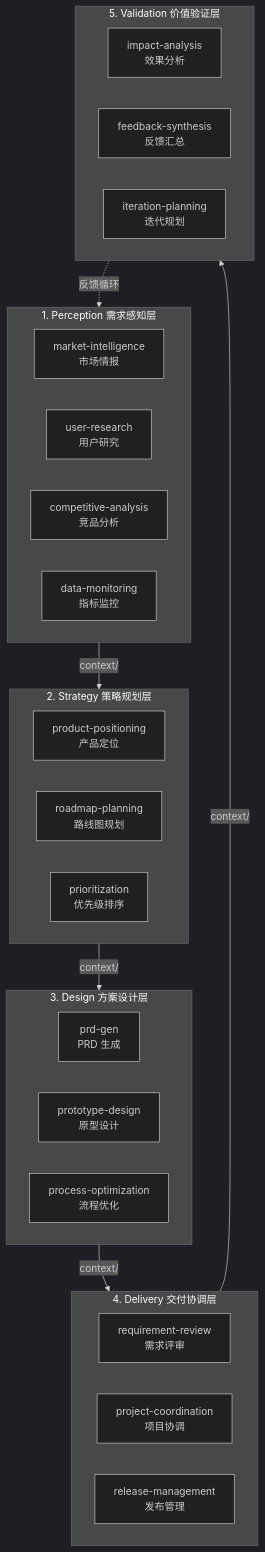
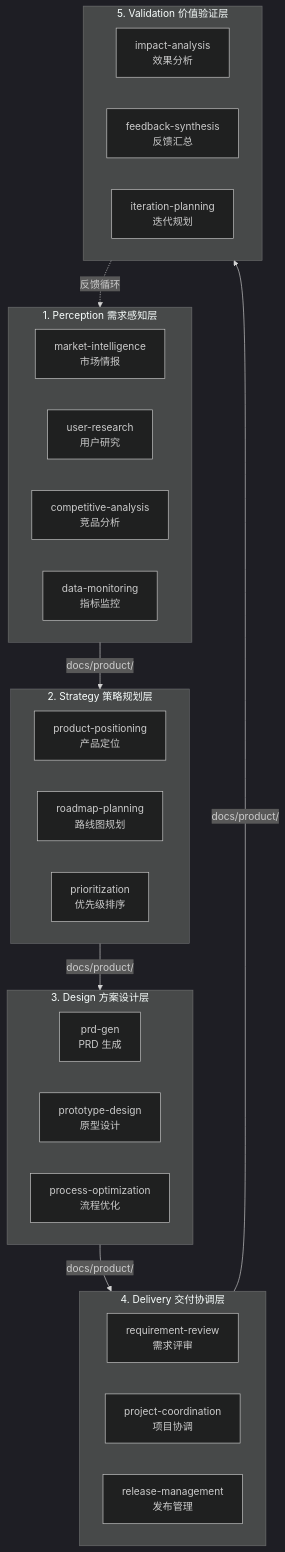
The first of 9 diagrams in docs/architecture/workflow-architecture.md (kelegele/oh-my-pm), drawn with Mermaid (dark theme) before and after one commit. The commit also changed other lines of this file and 50 other files, not shown here.

First line of the commit message:
refactor: move context/ to docs/product/ with .ompm/ for intermediate state

````diff
--- a/docs/architecture/workflow-architecture.md
+++ b/docs/architecture/workflow-architecture.md
@@ -7,39 +7,39 @@
 ```mermaid
 graph TB
     subgraph L1["1. Perception 需求感知层"]
         A1["market-intelligence\n市场情报"]
         A2["user-research\n用户研究"]
         A3["competitive-analysis\n竞品分析"]
         A4["data-monitoring\n指标监控"]
     end
 
     subgraph L2["2. Strategy 策略规划层"]
         B1["product-positioning\n产品定位"]
         B2["roadmap-planning\n路线图规划"]
         B3["prioritization\n优先级排序"]
     end
 
     subgraph L3["3. Design 方案设计层"]
         C1["prd-gen\nPRD 生成"]
         C2["prototype-design\n原型设计"]
         C3["process-optimization\n流程优化"]
     end
 
     subgraph L4["4. Delivery 交付协调层"]
         D1["requirement-review\n需求评审"]
         D2["project-coordination\n项目协调"]
         D3["release-management\n发布管理"]
     end
 
     subgraph L5["5. Validation 价值验证层"]
         E1["impact-analysis\n效果分析"]
         E2["feedback-synthesis\n反馈汇总"]
         E3["iteration-planning\n迭代规划"]
     end
 
-    L1 -->|"context/"| L2
-    L2 -->|"context/"| L3
-    L3 -->|"context/"| L4
-    L4 -->|"context/"| L5
+    L1 -->|"docs/product/"| L2
+    L2 -->|"docs/product/"| L3
+    L3 -->|"docs/product/"| L4
+    L4 -->|"docs/product/"| L5
     L5 -.->|"反馈循环"| L1
 ```
````
